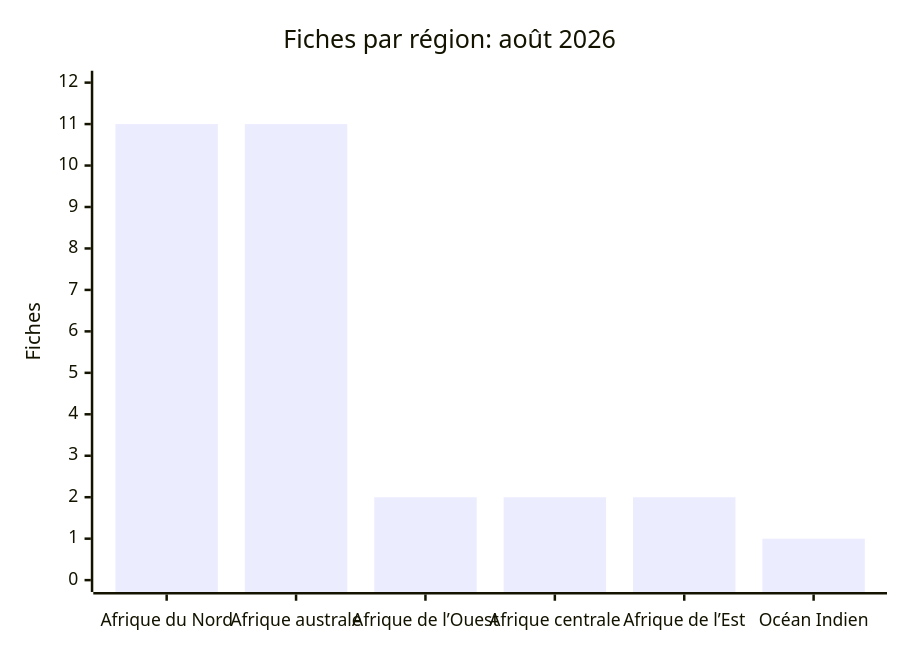
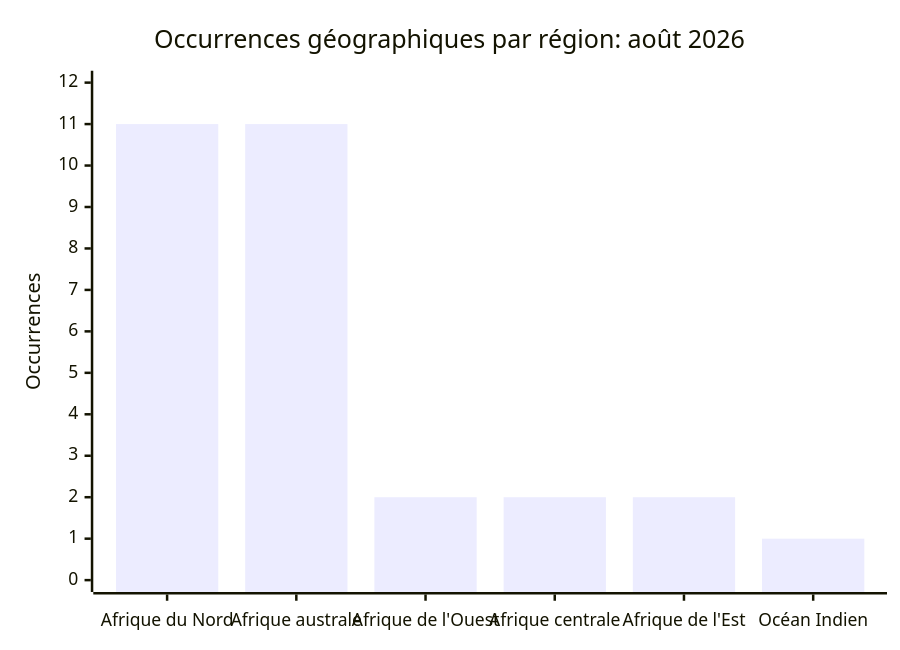
Before and after one commit to Hatchepsoute/AFRINTEL: the sixth of 10 diagrams in CyberAttackAfrica/2026/08-august/README_FR.md, drawn with Mermaid. The commit also changed other lines of this file and 1 other file, not shown here.

````diff
--- a/CyberAttackAfrica/2026/08-august/README_FR.md
+++ b/CyberAttackAfrica/2026/08-august/README_FR.md
@@ -186,7 +223,7 @@
 ```mermaid
 xychart-beta
-    title "Fiches par région: août 2026"
-    x-axis ["Afrique du Nord", "Afrique australe", "Afrique de l’Ouest", "Afrique centrale", "Afrique de l’Est", "Océan Indien"]
-    y-axis "Fiches" 0 --> 12
+    title "Occurrences géographiques par région: août 2026"
+    x-axis ["Afrique du Nord", "Afrique australe", "Afrique de l'Ouest", "Afrique centrale", "Afrique de l'Est", "Océan Indien"]
+    y-axis "Occurrences" 0 --> 12
     bar [11, 11, 2, 2, 2, 1]
 ```
````
